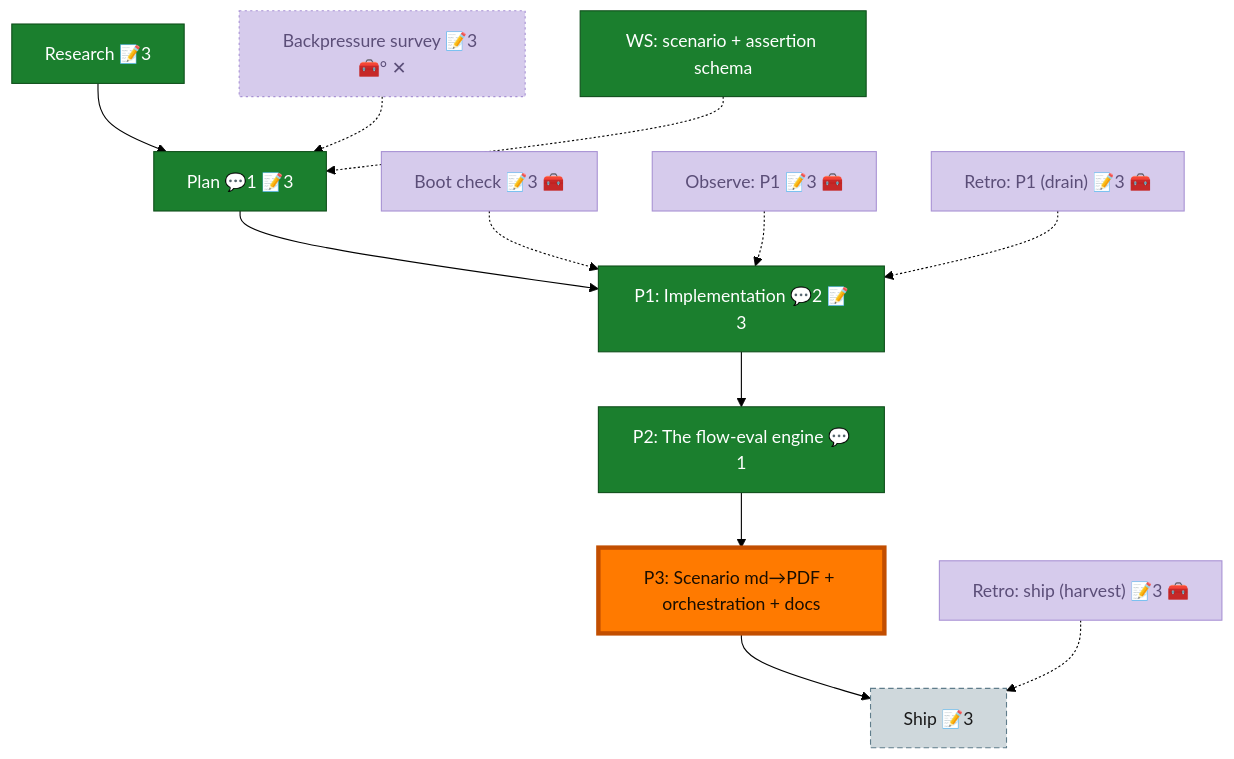
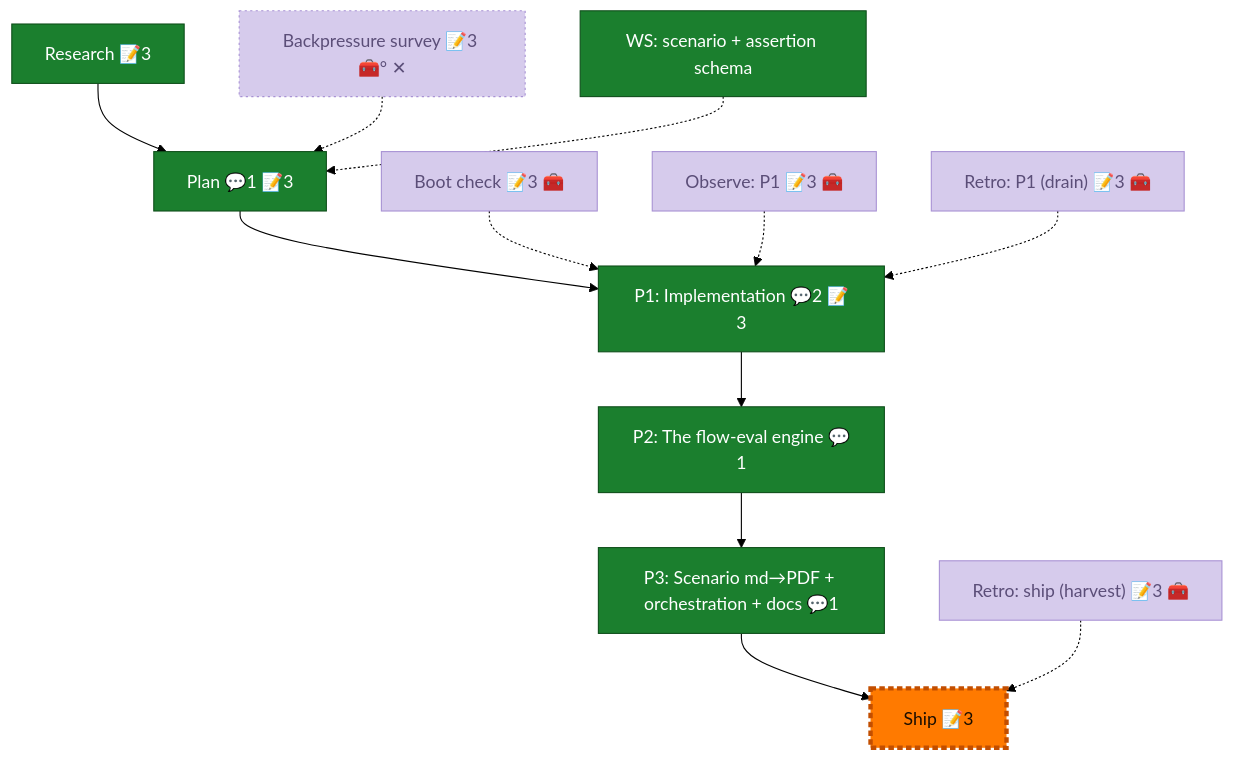
Before and after one commit to AI-Substrate/harness-engineering: the diagram in docs/plans/041-flow-conformance-eval/the-flow.md, drawn with Mermaid (forest theme). The commit also changed other lines of this file and 11 other files, not shown here.

First line of the commit message:
feat(flow-eval-041): Phase 3 — md→PDF scenario + orchestration + docs

````diff
--- a/docs/plans/041-flow-conformance-eval/the-flow.md
+++ b/docs/plans/041-flow-conformance-eval/the-flow.md
@@ -8,46 +8,46 @@
 ```mermaid
 flowchart TD
     research["Research 📝3"]:::done
     plan["Plan 💬1 📝3"]:::done
     phase_1["P1: Implementation 💬2 📝3"]:::done
     ship["Ship 📝3"]:::assumed
     phase_2["P2: The flow-eval engine 💬1"]:::done
-    phase_3["P3: Scenario md→PDF + orchestration + docs"]:::known
+    phase_3["P3: Scenario md→PDF + orchestration + docs 💬1"]:::done
 
     research --> plan
     plan --> phase_1
     phase_1 --> phase_2
     phase_2 --> phase_3
     phase_3 --> ship
 
     backpressure["Backpressure survey 📝3 🧰° ✕"]:::harnessFaded
     boot_1["Boot check 📝3 🧰"]:::harnessFaded
     observe_1["Observe: P1 📝3 🧰"]:::harnessFaded
     retro_1["Retro: P1 (drain) 📝3 🧰"]:::harnessFaded
     retro_ship["Retro: ship (harvest) 📝3 🧰"]:::harnessFaded
     ws_scenario_schema["WS: scenario + assertion schema"]:::done
     backpressure -.-> plan
     boot_1 -.-> phase_1
     observe_1 -.-> phase_1
     retro_1 -.-> phase_1
     retro_ship -.-> ship
     ws_scenario_schema -.-> plan
 
     classDef done fill:#1B7F2E,stroke:#0F4F1B,color:#fff;
     classDef wip fill:#43C04A,stroke:#1B7F2E,color:#04210A;
     classDef blocked fill:#E53935,stroke:#8E1513,color:#fff;
     classDef known fill:#1E73E8,stroke:#0D3F86,color:#fff;
     classDef assumed fill:#CFD8DC,stroke:#607D8B,color:#1a1a1a,stroke-dasharray:5 3;
     classDef said fill:#FFD21F,stroke:#C79100,color:#241c00;
     classDef harness fill:#7E3FF2,stroke:#4A1FA8,color:#fff;
     classDef harnessFaded fill:#D6CBEC,stroke:#A892D4,color:#5B4E78;
     classDef decision fill:#FF8F00,stroke:#B25E00,color:#1a1100,stroke-dasharray:2 2;
     classDef companion fill:#AB2FCB,stroke:#6A1480,color:#fff;
     classDef worker fill:#00A38C,stroke:#005046,color:#fff;
     classDef unknown fill:#ECEFF1,stroke:#90A4AE,color:#1a1a1a,stroke-dasharray:1 4;
     classDef impOptional stroke-dasharray:2 3;
     classDef impStrong stroke-width:3px;
     classDef current fill:#FF7A00,stroke:#C24E00,color:#1a0e00,stroke-width:4px;
     class backpressure impOptional;
-    class phase_3 current;
+    class ship current;
 ```
````
